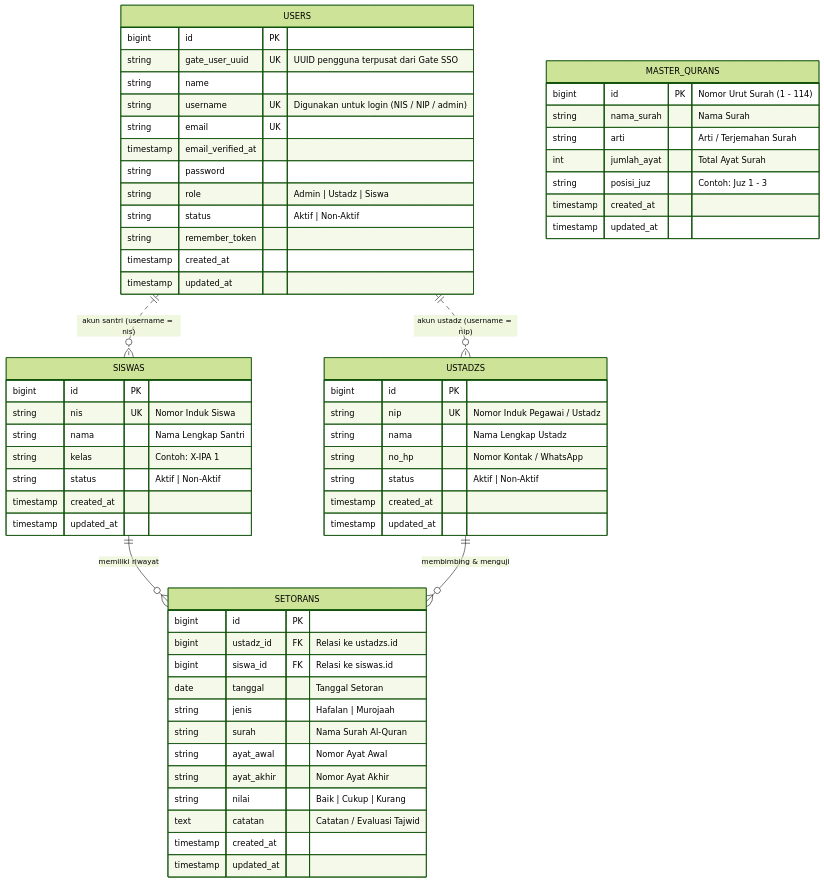
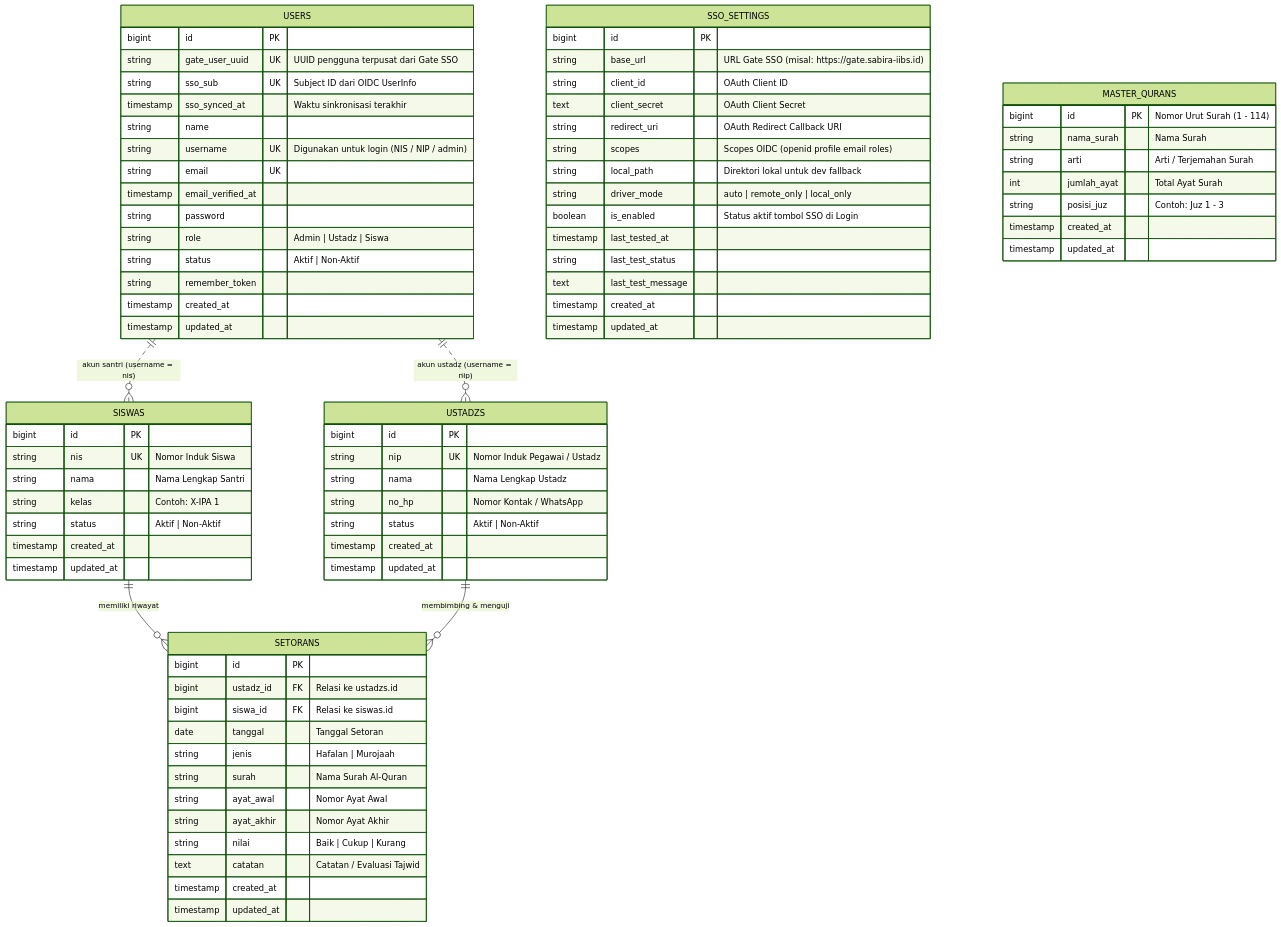
The second of 10 diagrams in docs/GRAPHIFY.md (arryand7/tahfidz-monitoring), drawn with Mermaid (forest theme) before and after one commit. The commit also changed other lines of this file and 43 other files, not shown here.

```diff
--- a/docs/GRAPHIFY.md
+++ b/docs/GRAPHIFY.md
@@ -67,6 +67,8 @@
     USERS {
         bigint id PK
         string gate_user_uuid UK "UUID pengguna terpusat dari Gate SSO"
+        string sso_sub UK "Subject ID dari OIDC UserInfo"
+        timestamp sso_synced_at "Waktu sinkronisasi terakhir"
         string name
         string username UK "Digunakan untuk login (NIS / NIP / admin)"
         string email UK
@@ -75,6 +77,23 @@
         string role "Admin | Ustadz | Siswa"
         string status "Aktif | Non-Aktif"
         string remember_token
+        timestamp created_at
+        timestamp updated_at
+    }
+
+    SSO_SETTINGS {
+        bigint id PK
+        string base_url "URL Gate SSO (misal: https://gate.sabira-iibs.id)"
+        string client_id "OAuth Client ID"
+        text client_secret "OAuth Client Secret"
+        string redirect_uri "OAuth Redirect Callback URI"
+        string scopes "Scopes OIDC (openid profile email roles)"
+        string local_path "Direktori lokal untuk dev fallback"
+        string driver_mode "auto | remote_only | local_only"
+        boolean is_enabled "Status aktif tombol SSO di Login"
+        timestamp last_tested_at
+        string last_test_status
+        text last_test_message
         timestamp created_at
         timestamp updated_at
     }
```
